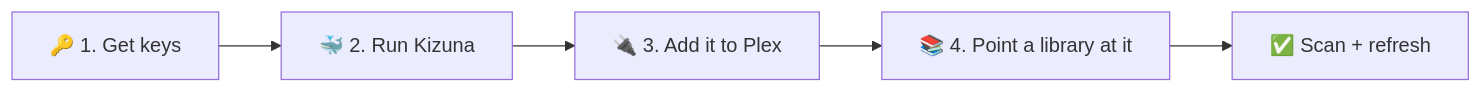
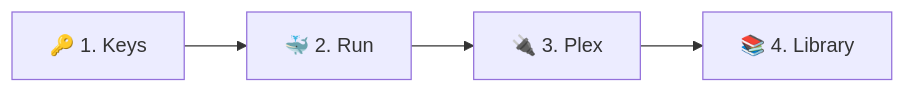
One commit to KurtzPT/kizuna changed the diagram in SETUP.md. Above: the diagram before and after it, drawn with Mermaid. The commit also changed 7 other files, not shown here.

First line of the commit message:
Docs: render fixes from a pass on GitHub: diagrams no longer clipped or hidden by the zoom buttons, no sideways scrolling

````diff
--- a/SETUP.md
+++ b/SETUP.md
@@ -19,4 +19,4 @@
 ```mermaid
 flowchart LR
-    K["🔑 1. Get keys"] --> R["🐳 2. Run Kizuna"] --> P["🔌 3. Add it to Plex"] --> L["📚 4. Point a library at it"] --> D["✅ Scan + refresh"]
+    K["🔑 1. Keys"] --> R["🐳 2. Run"] --> P["🔌 3. Plex"] --> L["📚 4. Library"]
 ```
````
